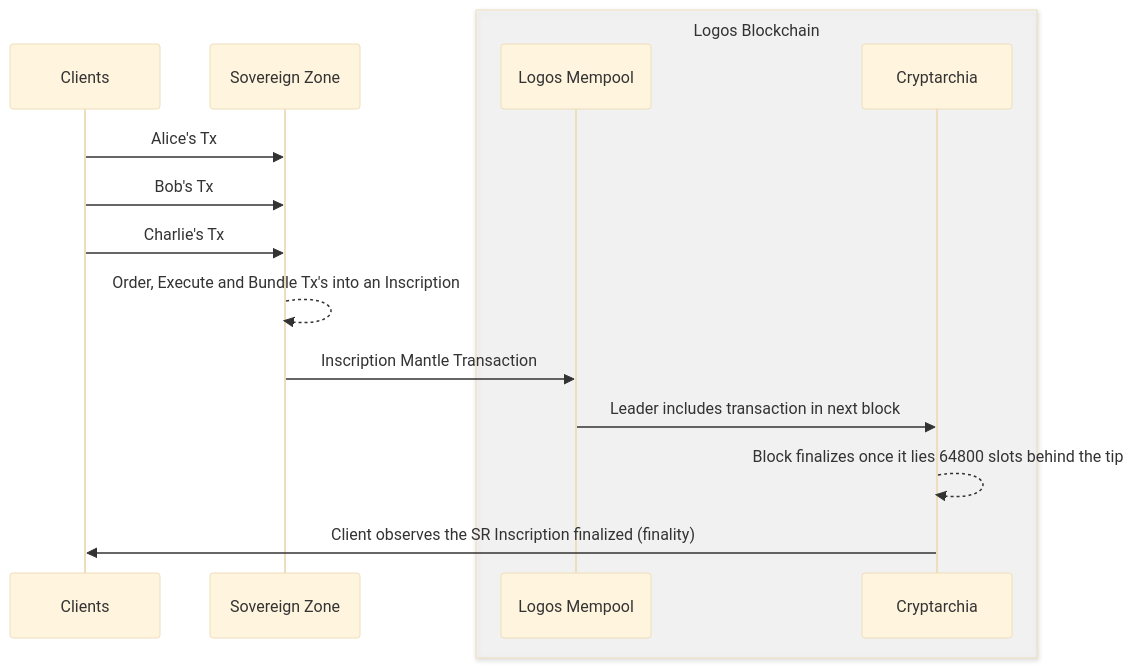
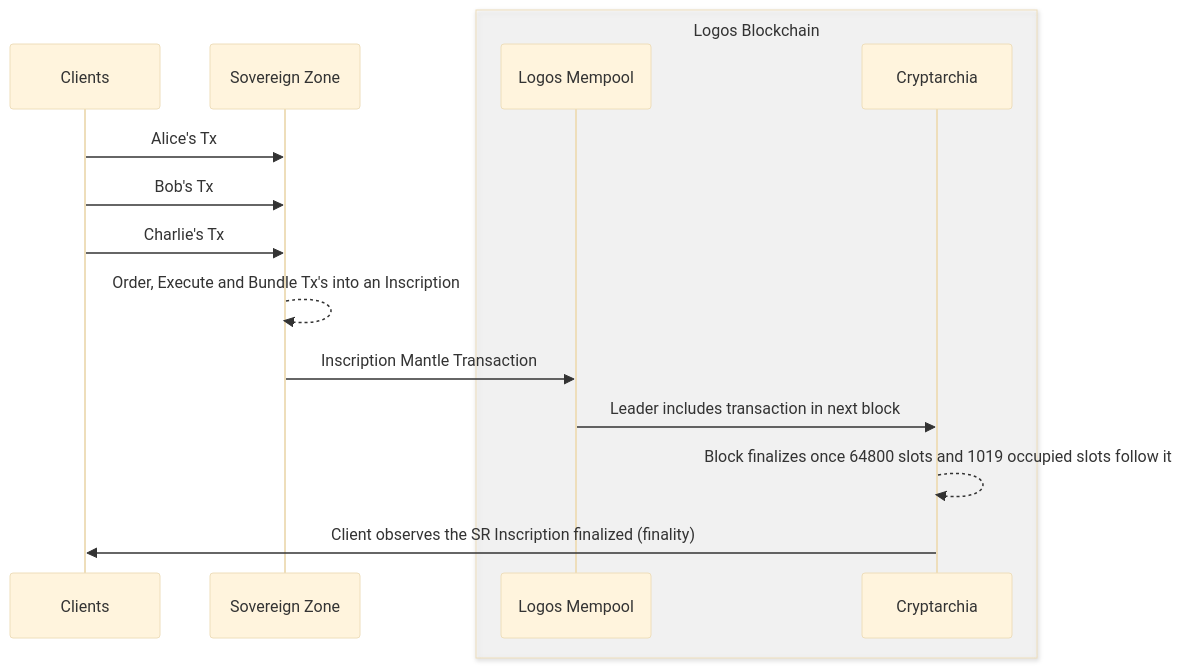
The diagram in docs/blockchain/raw/bedrock-architecture-overview.md (logos-co/logos-lips), drawn with Mermaid (base theme) before and after one commit. The commit also changed 6 other files, not shown here.

````diff
--- a/docs/blockchain/raw/bedrock-architecture-overview.md
+++ b/docs/blockchain/raw/bedrock-architecture-overview.md
@@ -75,20 +75,20 @@
 ```mermaid
 sequenceDiagram
     participant C as Clients
 
     participant SZ as Sovereign Zone
 
         box rgba(255,255,255,0.3) Logos Blockchain
             participant Mempool as Logos Mempool
             participant Cryptarchia
         end
 
     C->>SZ: Alice's Tx
     C->>SZ: Bob's Tx
     C->>SZ: Charlie's Tx
     SZ-->>SZ: Order, Execute and Bundle Tx's into an Inscription
     SZ ->> Mempool: Inscription Mantle Transaction
     Mempool ->> Cryptarchia: Leader includes transaction in next block
-    Cryptarchia -->> Cryptarchia: Block finalizes once it lies 64800 slots behind the tip
+    Cryptarchia -->> Cryptarchia: Block finalizes once 64800 slots and 1019 occupied slots follow it
     Cryptarchia ->> C: Client observes the SR Inscription finalized (finality)
 ```
````
